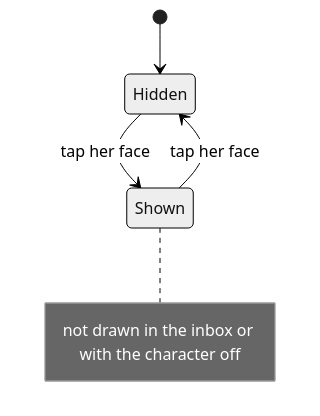
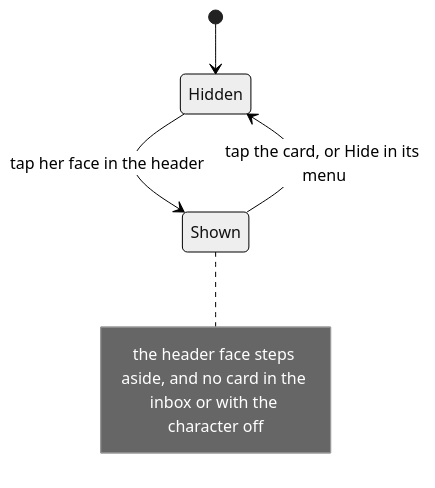
Before and after one commit to matthiasn/lotti: diagram 11 of 12 in knowledge/features/front_agent.md, drawn with Mermaid (neutral theme). The commit also changed other lines of this file and 35 other files, not shown here.

First line of the commit message:
fix(companion): header face a smaller rounded tile that steps aside while the card is out

````diff
--- a/knowledge/features/front_agent.md
+++ b/knowledge/features/front_agent.md
@@ -1434,7 +1440,7 @@
 ```mermaid
 stateDiagram-v2
   [*] --> Hidden
-  Hidden --> Shown: tap her face
-  Shown --> Hidden: tap her face
-  note right of Shown: not drawn in the inbox or with the character off
+  Hidden --> Shown: tap her face in the header
+  Shown --> Hidden: tap the card, or Hide in its menu
+  note right of Shown: the header face steps aside, and no card in the inbox or with the character off
 ```
````
